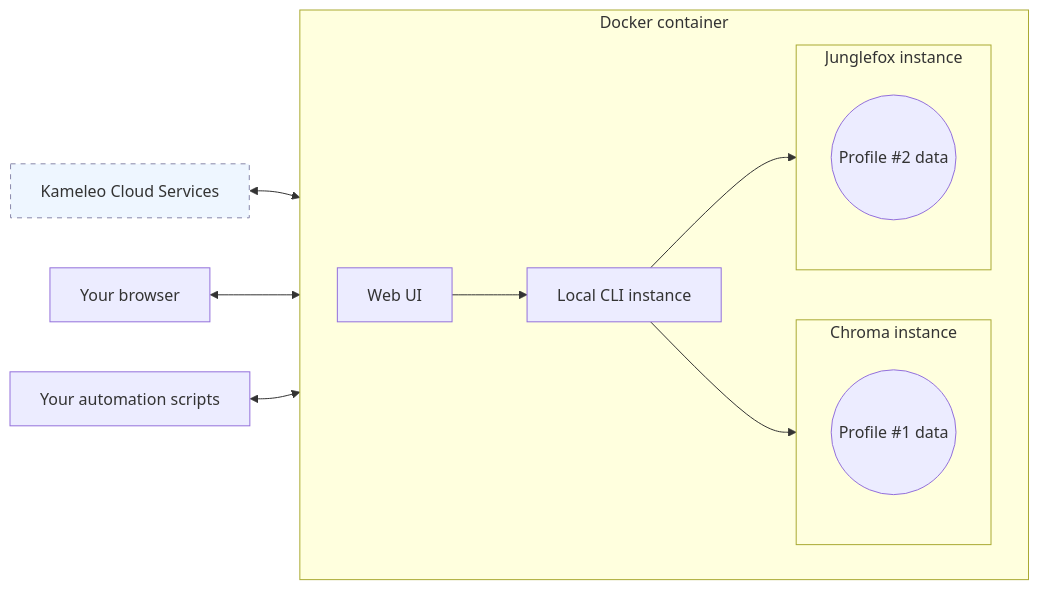
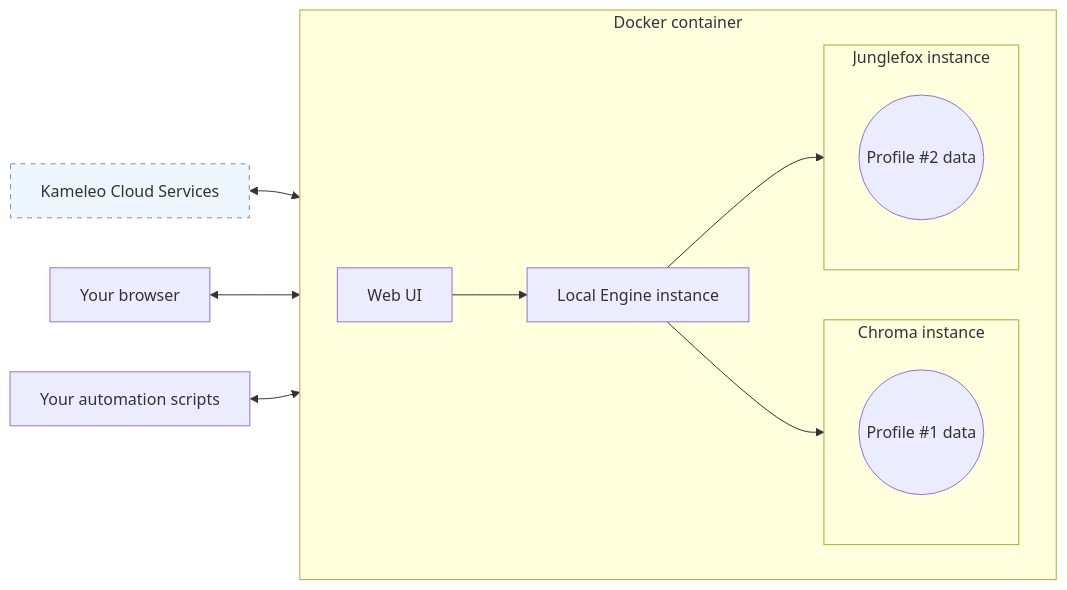
Before and after one commit to kameleo-io/kameleo: the diagram in docs/03-integrations/04-docker.md, drawn with Mermaid. The commit also changed 3 other files, not shown here.

````diff
--- a/docs/03-integrations/04-docker.md
+++ b/docs/03-integrations/04-docker.md
@@ -38,33 +38,33 @@
 ```mermaid
 flowchart LR
   classDef cloud fill:#eef6ff,stroke:#88a,stroke-dasharray:5 5;
 
   SERVICES["Kameleo Cloud Services"]:::cloud
   SCRIPT["Your automation scripts"]
   BROWSER["Your browser"]
 
-  SERVICES <--> CLI
+  SERVICES <--> ENGINE
 
   subgraph CONTAINER["Docker container"]
     direction LR
     GUI["Web UI"]
-    CLI["Local CLI instance"]
+    ENGINE["Local Engine instance"]
 
     subgraph P1["Chroma instance"]
       direction TB
       CHROME(("Profile #1 data"))
     end
 
     subgraph P2["Junglefox instance"]
       direction TB
       FIREFOX(("Profile #2 data"))
     end
 
-    GUI --> CLI
-    CLI --> P1
-    CLI --> P2
+    GUI --> ENGINE
+    ENGINE --> P1
+    ENGINE --> P2
   end
 
   BROWSER <--> GUI
-  SCRIPT <--> CLI
+  SCRIPT <--> ENGINE
 ```
````
